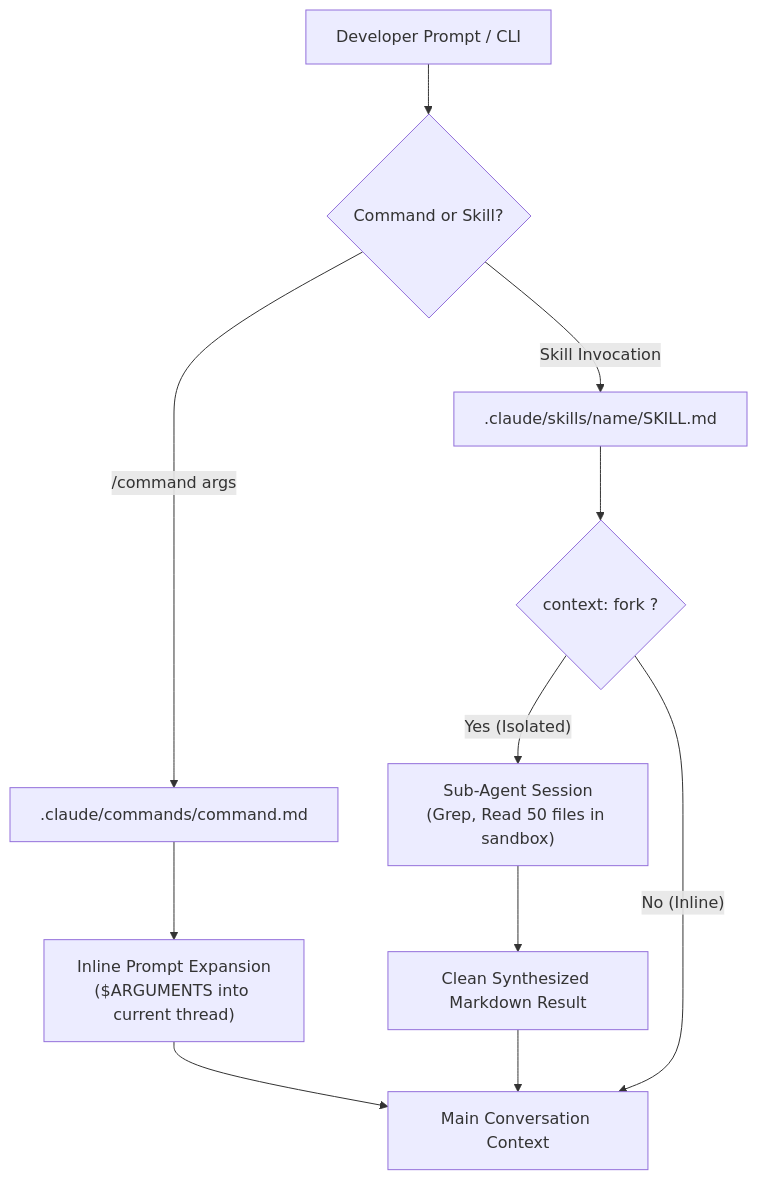
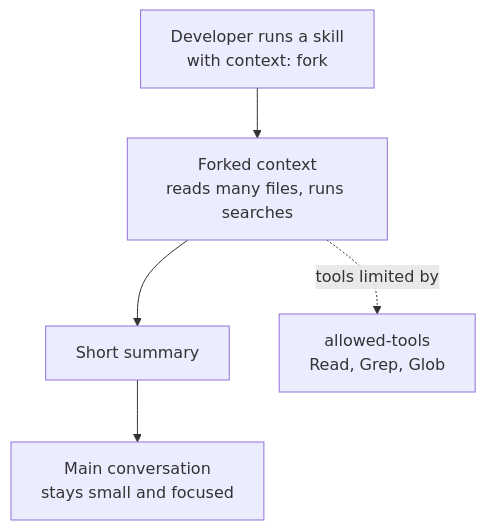
Before and after one commit to dip4k/claude_cert_architect_foundation_prep: the diagram in domain3/ts_3_2_slash_commands_and_skills/README.md, drawn with Mermaid. The commit also changed other lines of this file and 133 other files, not shown here.

````diff
--- a/domain3/ts_3_2_slash_commands_and_skills/README.md
+++ b/domain3/ts_3_2_slash_commands_and_skills/README.md
@@ -78,17 +60,7 @@
 ```mermaid
 flowchart TD
-    User["Developer Prompt / CLI"] --> Choice{"Command or Skill?"}
-    
-    Choice -->|"/command args"| Cmd[".claude/commands/command.md"]
-    Cmd --> Inline["Inline Prompt Expansion<br>($ARGUMENTS into current thread)"]
-    Inline --> MainCtx["Main Conversation Context"]
-    
-    Choice -->|"Skill Invocation"| Skill[".claude/skills/name/SKILL.md"]
-    Skill --> ForkCheck{"context: fork ?"}
-    
-    ForkCheck -->|"Yes (Isolated)"| Sub["Sub-Agent Session<br>(Grep, Read 50 files in sandbox)"]
-    Sub --> CleanResult["Clean Synthesized Markdown Result"]
-    CleanResult --> MainCtx
-    
-    ForkCheck -->|"No (Inline)"| MainCtx
+    Dev["Developer runs a skill<br>with context: fork"] --> Fork["Forked context<br>reads many files, runs searches"]
+    Fork --> Summary["Short summary"]
+    Summary --> Main["Main conversation<br>stays small and focused"]
+    Fork -.->|"tools limited by"| Tools["allowed-tools<br>Read, Grep, Glob"]
 ```
````
